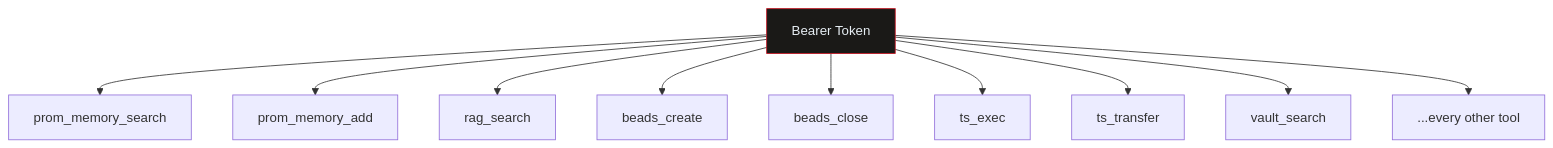
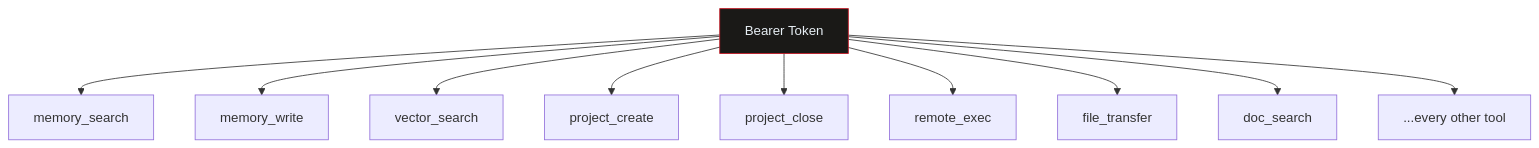
One commit to CyberdaemonAI/cyberdaemon-site changed the second of 3 diagrams in src/content/analysis/mcp-stateless-security.mdx. Above: the diagram before and after it, drawn with Mermaid. The commit also changed other lines of this file and 1 other file, not shown here.

````diff
--- a/src/content/analysis/mcp-stateless-security.mdx
+++ b/src/content/analysis/mcp-stateless-security.mdx
@@ -136,13 +136,13 @@
 ```mermaid
 graph TD
-    TOKEN["Bearer Token"] --> T1["prom_memory_search"]
-    TOKEN --> T2["prom_memory_add"]
-    TOKEN --> T3["rag_search"]
-    TOKEN --> T4["beads_create"]
-    TOKEN --> T5["beads_close"]
-    TOKEN --> T6["ts_exec"]
-    TOKEN --> T7["ts_transfer"]
-    TOKEN --> T8["vault_search"]
+    TOKEN["Bearer Token"] --> T1["memory_search"]
+    TOKEN --> T2["memory_write"]
+    TOKEN --> T3["vector_search"]
+    TOKEN --> T4["project_create"]
+    TOKEN --> T5["project_close"]
+    TOKEN --> T6["remote_exec"]
+    TOKEN --> T7["file_transfer"]
+    TOKEN --> T8["doc_search"]
     TOKEN --> T9["...every other tool"]
     style TOKEN fill:#1a1917,stroke:#C1121F,color:#E6EDF3
 ```
````
